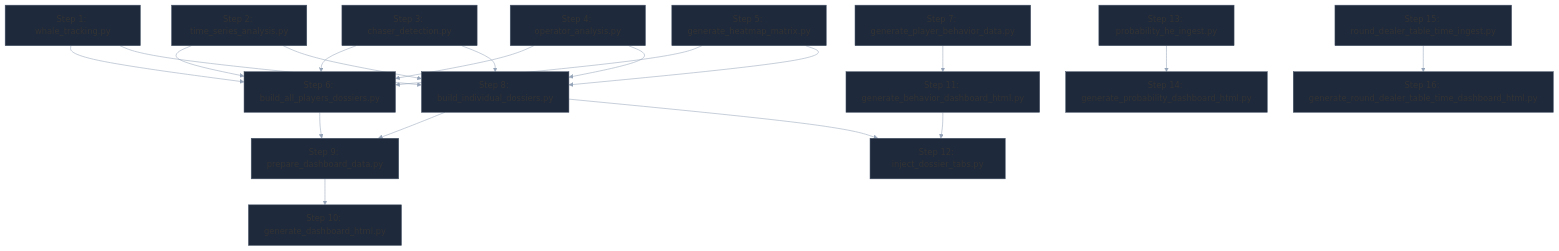
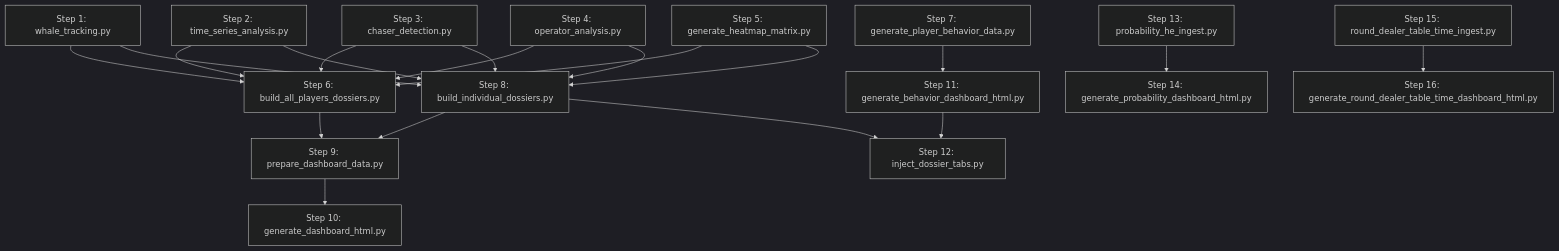
Before and after one commit to MagusZealot/OG-Product-BI: the fourth of 5 diagrams in workspace_map.md, drawn with Mermaid. The commit also changed other lines of this file and 1 other file, not shown here.

Commit message:
Update mermaid diagrams to use dark theme and improve class definitions

````diff
--- a/workspace_map.md
+++ b/workspace_map.md
@@ -624,39 +626,39 @@
 ```mermaid
-%%{init: {'theme': 'base', 'themeVariables': { 'primaryColor': '#1e293b', 'primaryBorderColor': '#475569', 'lineColor': '#94a3b8', 'textColor': '#f8fafc', 'secondaryColor': '#334155', 'tertiaryColor': '#0f172a', 'fontFamily': 'sans-serif' }}}%%
+%%{init: {'theme': 'dark', 'themeVariables': { 'fontFamily': 'sans-serif' }}}%%
 flowchart TD
     step1[Step 1: whale_tracking.py]
     step2[Step 2: time_series_analysis.py]
     step3[Step 3: chaser_detection.py]
     step4[Step 4: operator_analysis.py]
     step5[Step 5: generate_heatmap_matrix.py]
     step6[Step 6: build_all_players_dossiers.py]
     step7[Step 7: generate_player_behavior_data.py]
     step8[Step 8: build_individual_dossiers.py]
     step9[Step 9: prepare_dashboard_data.py]
     step10[Step 10: generate_dashboard_html.py]
     step11[Step 11: generate_behavior_dashboard_html.py]
     step12[Step 12: inject_dossier_tabs.py]
     step13[Step 13: probability_he_ingest.py]
     step14[Step 14: generate_probability_dashboard_html.py]
     step15[Step 15: round_dealer_table_time_ingest.py]
     step16[Step 16: generate_round_dealer_table_time_dashboard_html.py]
 
     step1 --> step6
     step2 --> step6
     step3 --> step6
     step4 --> step6
     step5 --> step6
     step1 --> step8
     step2 --> step8
     step3 --> step8
     step4 --> step8
     step5 --> step8
     step6 --> step9
     step8 --> step9
     step9 --> step10
     step7 --> step11
     step11 --> step12
     step13 --> step14
     step15 --> step16
     step8 --> step12
 ```
````
